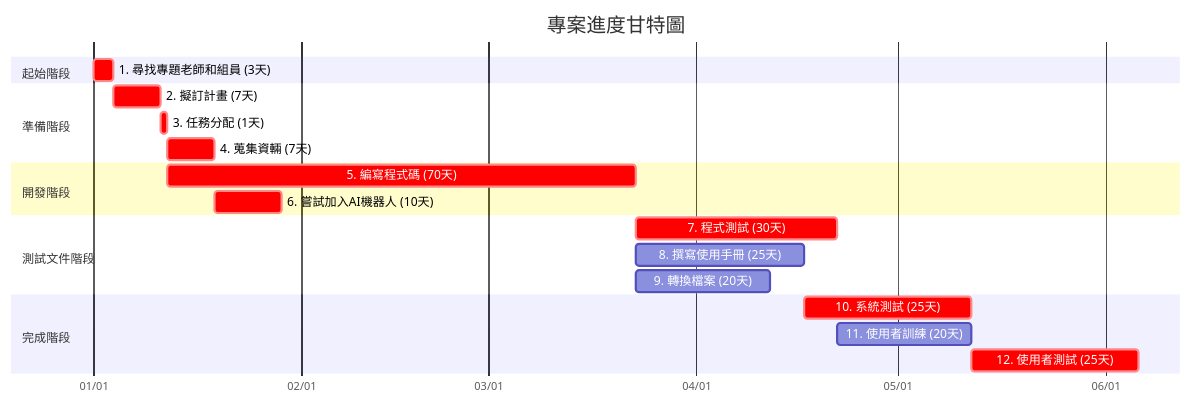
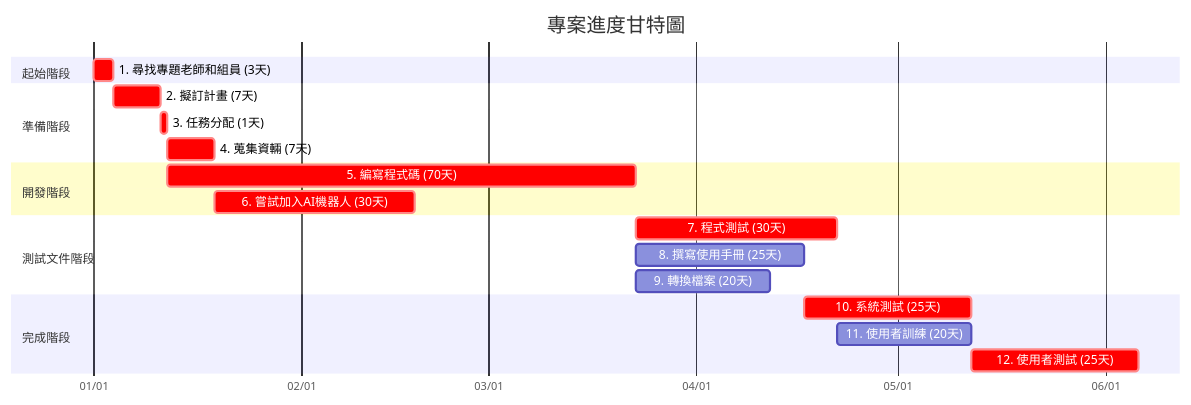
One commit to c112118202-droid/- changed the second of 3 diagrams in hw2.md. Above: the diagram before and after it, drawn with Mermaid.

````diff
--- a/hw2.md
+++ b/hw2.md
@@ -28,28 +28,28 @@
 ```mermaid
 gantt
     title 專案進度甘特圖
     dateFormat YYYY-MM-DD
     axisFormat %m/%d
     
     section 起始階段
     1. 尋找專題老師和組員 (3天)     :crit, m1, 2025-01-01, 3d
     
     section 準備階段
     2. 擬訂計畫 (7天)     :crit, m2, after m1, 7d
     3. 任務分配 (1天)    :crit, m3, after m2, 1d
     4. 蒐集資輛 (7天)    :crit, m4, after m3, 7d
 
     section 開發階段
     5. 編寫程式碼 (70天)    :crit, m5, after m3, 70d
-    6. 嘗試加入AI機器人 (10天)    :crit, m6, after m4, 10d
+    6. 嘗試加入AI機器人 (30天)    :crit, m6, after m4, 30d
     
     section 測試文件階段
     7. 程式測試 (30天)    :crit, m7, after m5, 30d
     8. 撰寫使用手冊 (25天) :m8, after m5, 25d
     9. 轉換檔案 (20天)     :m9, after m5, 20d
     
     section 完成階段
     10. 系統測試 (25天)    :crit, m10, after m8, 25d
     11. 使用者訓練 (20天)  :m11, after m7 m8, 20d
     12. 使用者測試 (25天)  :crit, m12, after m9 m10, 25d
 ```
````
